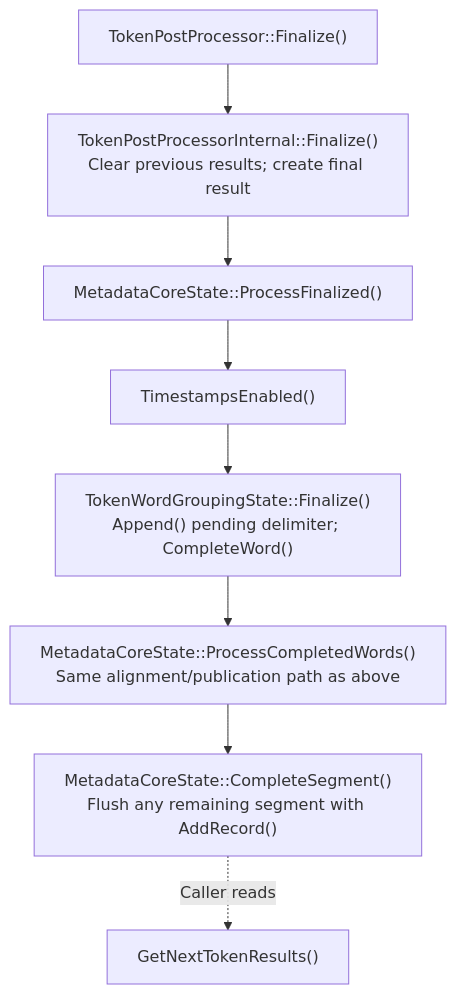
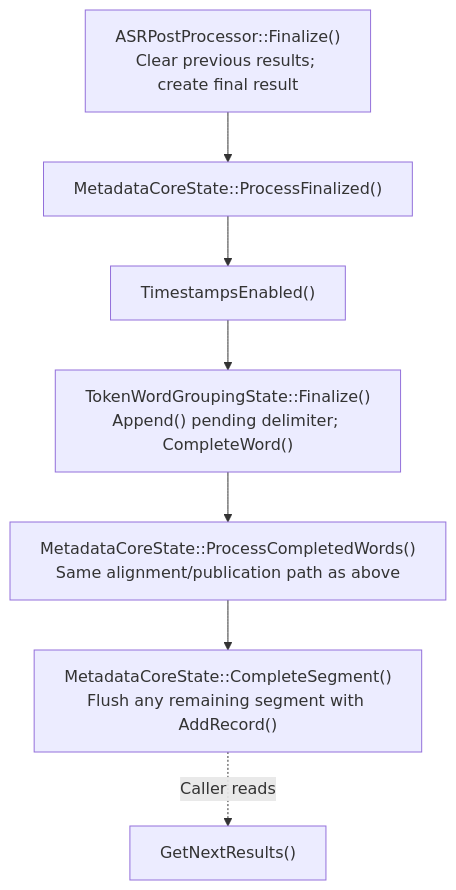
One commit to microsoft/onnxruntime-genai changed the second of 2 diagrams in docs/metadata_decode.md. Above: the diagram before and after it, drawn with Mermaid. The commit also changed other lines of this file and 27 other files, not shown here.

````diff
--- a/docs/metadata_decode.md
+++ b/docs/metadata_decode.md
@@ -185,10 +200,9 @@
 ```mermaid
 flowchart TD
-  finalize["TokenPostProcessor::Finalize()"] --> stream["TokenPostProcessorInternal::Finalize()<br/>Clear previous results; create final result"]
-  stream --> state["MetadataCoreState::ProcessFinalized()"]
+  finalize["ASRPostProcessor::Finalize()<br/>Clear previous results; create final result"] --> state["MetadataCoreState::ProcessFinalized()"]
   state --> enabled["TimestampsEnabled()"]
   enabled --> group["TokenWordGroupingState::Finalize()<br/>Append() pending delimiter; CompleteWord()"]
   group --> words["MetadataCoreState::ProcessCompletedWords()<br/>Same alignment/publication path as above"]
   words --> segment["MetadataCoreState::CompleteSegment()<br/>Flush any remaining segment with AddRecord()"]
-  segment -.->|Caller reads| results["GetNextTokenResults()"]
+  segment -.->|Caller reads| results["GetNextResults()"]
 ```
````
